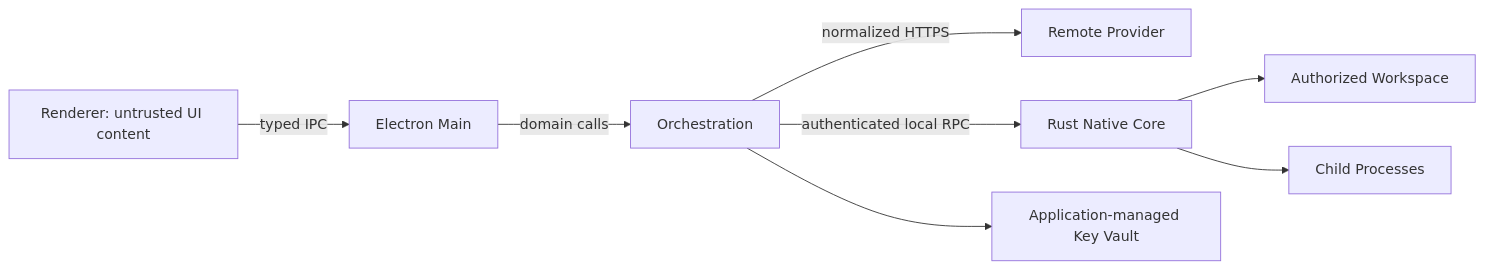
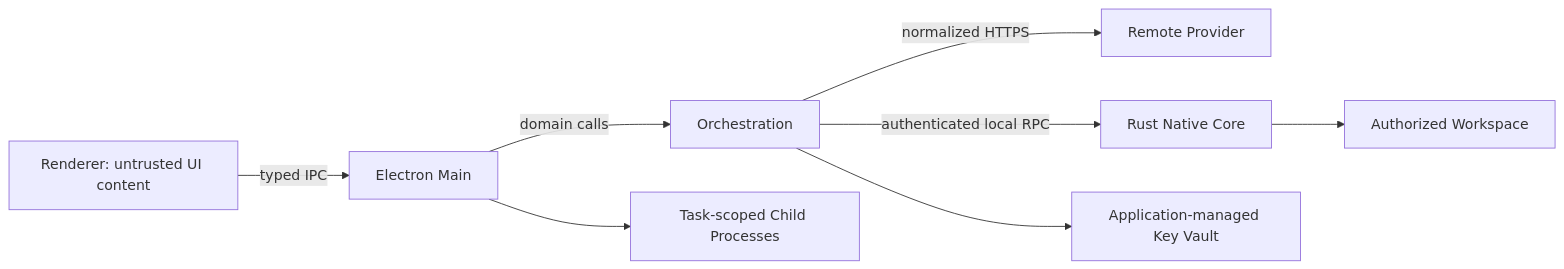
The diagram in docs/06-engineering/Threat-Model.md (banyueban/ai-corporation), drawn with Mermaid before and after one commit. The commit also changed other lines of this file and 27 other files, not shown here.

````diff
--- a/docs/06-engineering/Threat-Model.md
+++ b/docs/06-engineering/Threat-Model.md
@@ -26,10 +26,10 @@
 ```mermaid
 flowchart LR
   R["Renderer: untrusted UI content"] -->|typed IPC| M["Electron Main"]
   M -->|domain calls| O["Orchestration"]
   O -->|normalized HTTPS| P["Remote Provider"]
   O -->|authenticated local RPC| N["Rust Native Core"]
   O --> K["Application-managed Key Vault"]
   N --> W["Authorized Workspace"]
-  N --> X["Child Processes"]
+  M --> X["Task-scoped Child Processes"]
 ```
````
